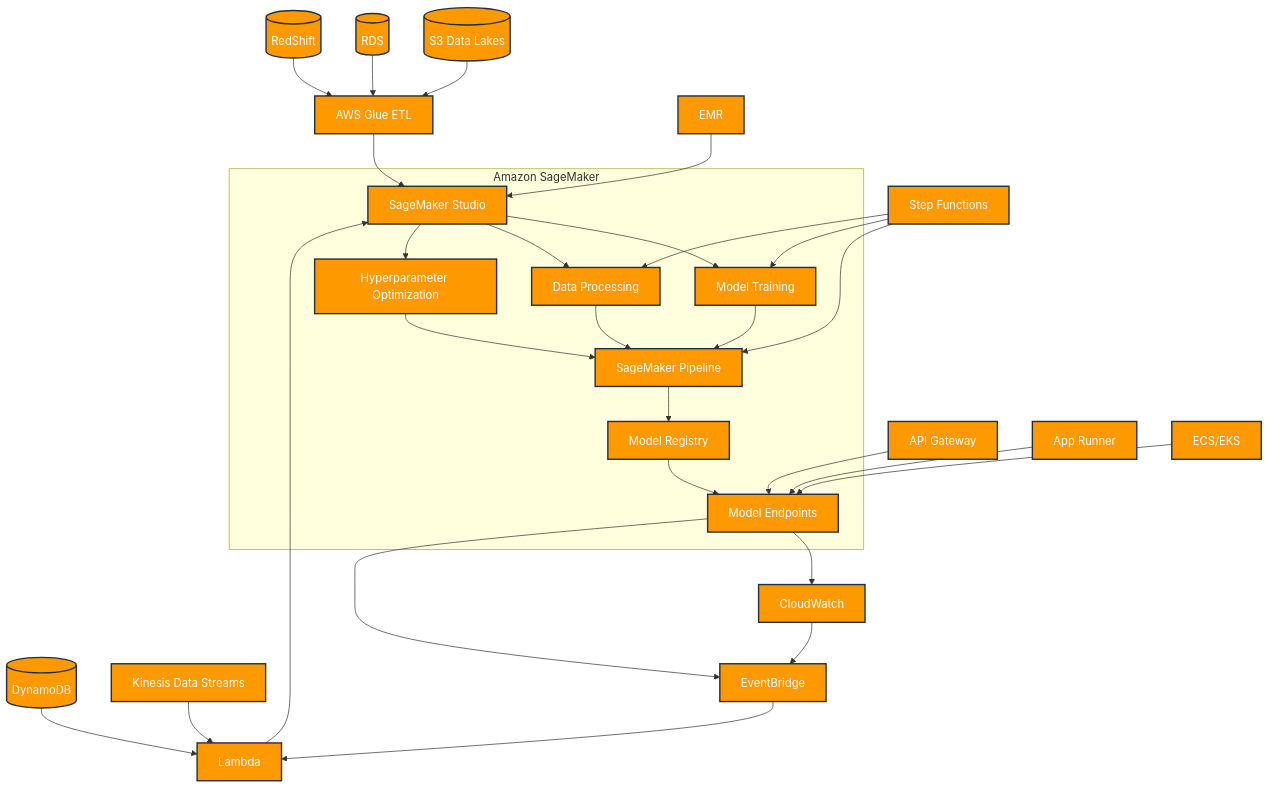
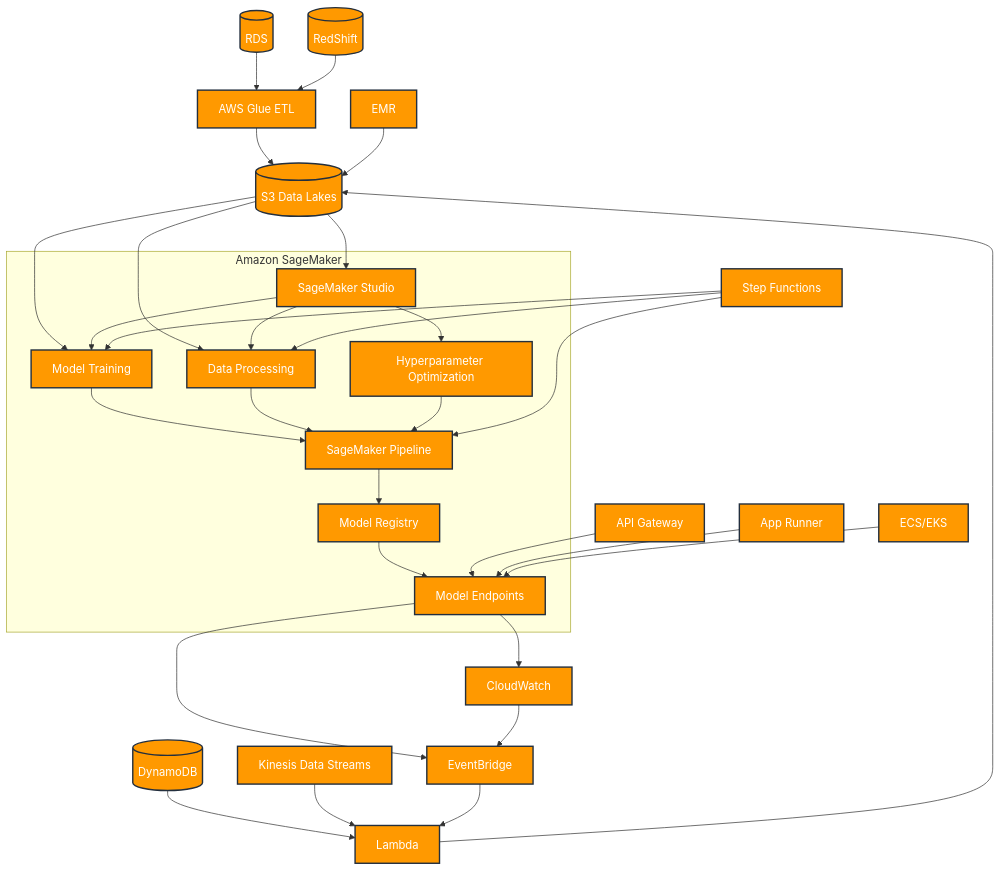
The diagram in software-development/aws/ai-analytics-big-data-ml/machine-learning/sagemaker-part-of-the-exam/integration-patterns-with-amazon-sagemaker.md (puglieseweb/puglieseweb.com), drawn with Mermaid before and after one commit.

Commit message:
GITBOOK-453: No subject

````diff
--- a/software-development/aws/ai-analytics-big-data-ml/machine-learning/sagemaker-part-of-the-exam/integration-patterns-with-amazon-sagemaker.md
+++ b/software-development/aws/ai-analytics-big-data-ml/machine-learning/sagemaker-part-of-the-exam/integration-patterns-with-amazon-sagemaker.md
@@ -7,78 +7,81 @@
 ```mermaid
 flowchart TD
     %% Data Sources
     S3[(S3 Data Lakes)]
     RDS[(RDS)]
     RedShift[(RedShift)]
     DynamoDB[(DynamoDB)]
     Kinesis[Kinesis Data Streams]
     
     %% Data Processing
     Glue[AWS Glue ETL]
     EMR[EMR]
     Lambda[Lambda]
     
     %% SageMaker Components
     subgraph SageMaker [Amazon SageMaker]
         Studio[SageMaker Studio]
         Training[Model Training]
         Processing[Data Processing]
         HPO[Hyperparameter Optimization]
         Pipeline[SageMaker Pipeline]
         Endpoint[Model Endpoints]
         Registry[Model Registry]
     end
     
     %% Deployment & Monitoring
     CloudWatch[CloudWatch]
     EventBridge[EventBridge]
     StepFunctions[Step Functions]
     
     %% Applications
     API[API Gateway]
     AppRunner[App Runner]
     ECS[ECS/EKS]
     
     %% Data Flow Patterns
-    S3 --> Glue
+    S3 --> Studio
+    S3 --> Training
+    S3 --> Processing
+    
     RDS --> Glue
     RedShift --> Glue
     DynamoDB --> Lambda
     Kinesis --> Lambda
     
-    Glue --> Studio
-    EMR --> Studio
-    Lambda --> Studio
+    Glue --> S3
+    EMR --> S3
+    Lambda --> S3
     
     Studio --> Training
     Studio --> Processing
     Studio --> HPO
     
     Training --> Pipeline
     Processing --> Pipeline
     HPO --> Pipeline
     
     Pipeline --> Registry
     Registry --> Endpoint
     
     Endpoint --> CloudWatch
     Endpoint --> EventBridge
     
     %% Application Integration
     StepFunctions --> Pipeline
     StepFunctions --> Training
     StepFunctions --> Processing
     
     API --> Endpoint
     AppRunner --> Endpoint
     ECS --> Endpoint
     
     %% Monitoring Flow
     CloudWatch --> EventBridge
     EventBridge --> Lambda
     
     %% Styling
     classDef aws fill:#FF9900,stroke:#232F3E,stroke-width:2px,color:white
     class S3,RDS,RedShift,DynamoDB,Kinesis,Glue,EMR,Lambda,Studio,Training,Processing,HPO,Pipeline,Endpoint,Registry,CloudWatch,EventBridge,StepFunctions,API,AppRunner,ECS aws
 
 ```
````
